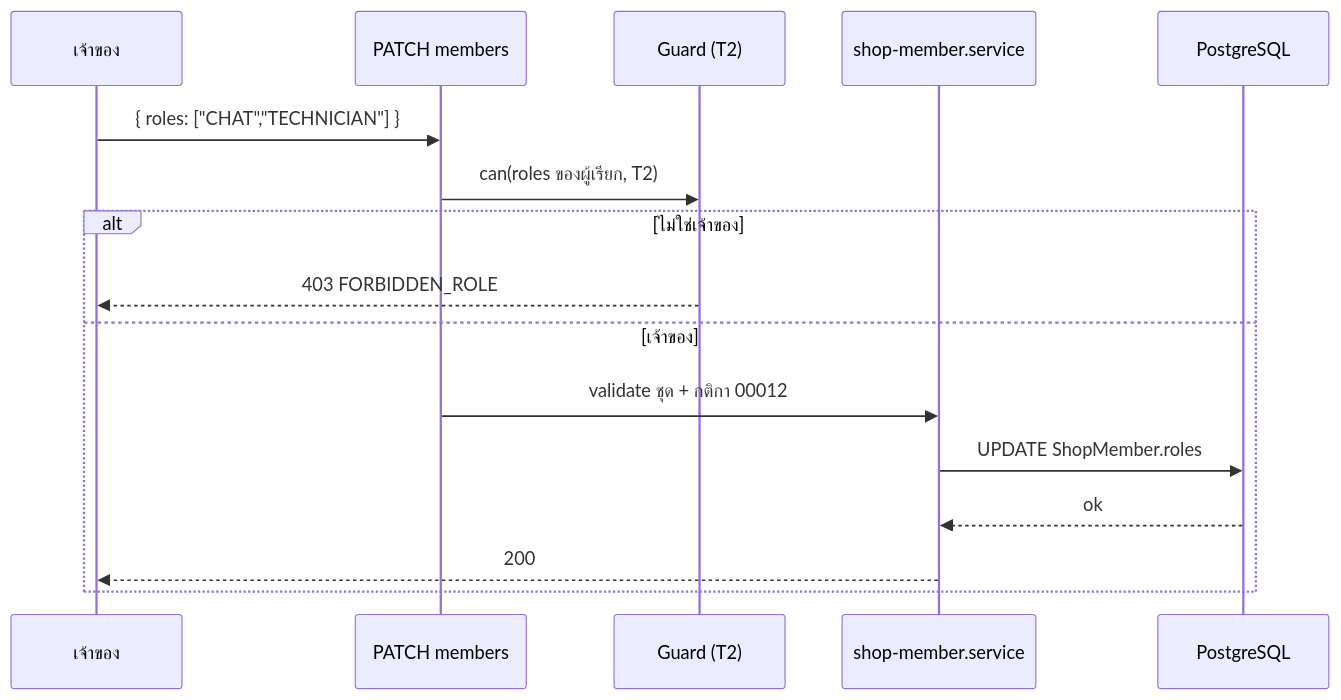
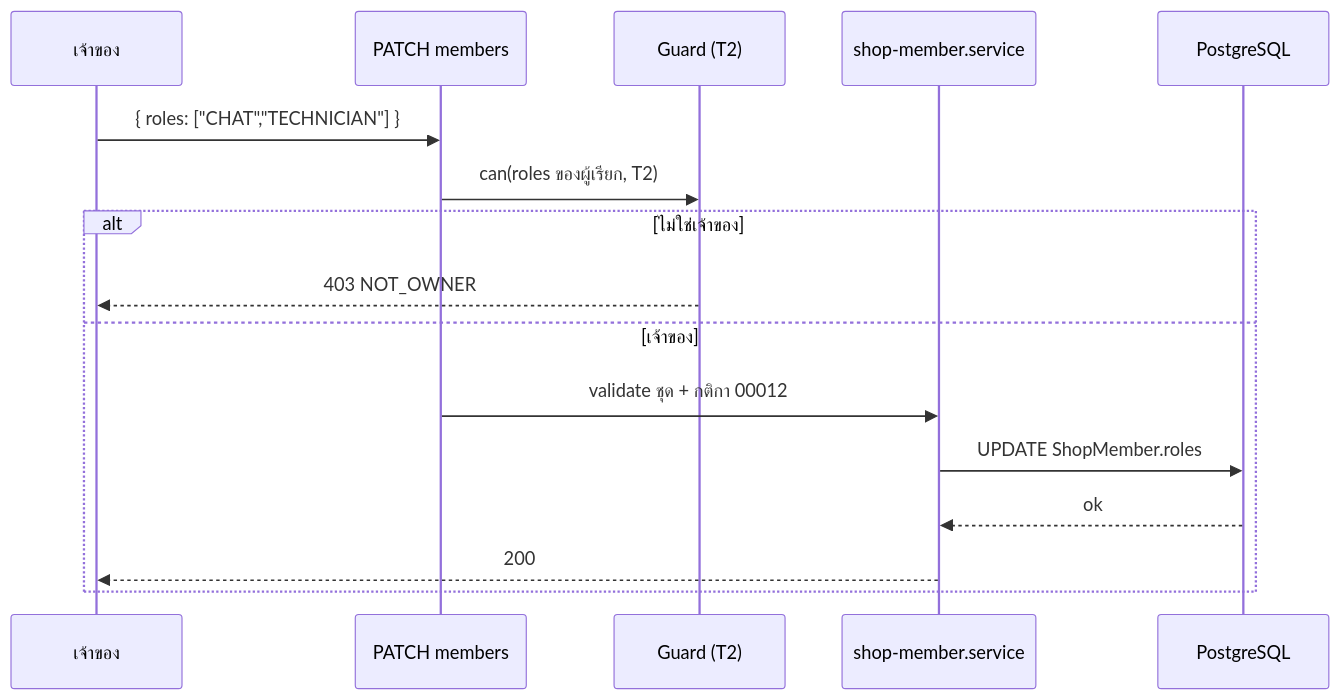
One commit to CodeCooLTH/deep-web changed the diagram in docs/20 - Features/00071 - Shop Member Roles & Permissions/API.md. Above: the diagram before and after it, drawn with Mermaid. The commit also changed other lines of this file and 8 other files, not shown here.

````diff
--- a/docs/20 - Features/00071 - Shop Member Roles & Permissions/API.md
+++ b/docs/20 - Features/00071 - Shop Member Roles & Permissions/API.md
@@ -153,19 +174,19 @@
 ```mermaid
 sequenceDiagram
     participant O as เจ้าของ
     participant R as PATCH members
     participant G as Guard (T2)
     participant S as shop-member.service
     participant DB as PostgreSQL
 
     O->>R: { roles: ["CHAT","TECHNICIAN"] }
     R->>G: can(roles ของผู้เรียก, T2)
     alt ไม่ใช่เจ้าของ
-        G-->>O: 403 FORBIDDEN_ROLE
+        G-->>O: 403 NOT_OWNER
     else เจ้าของ
         R->>S: validate ชุด + กติกา 00012
         S->>DB: UPDATE ShopMember.roles
         DB-->>S: ok
         S-->>O: 200
     end
 ```
````
